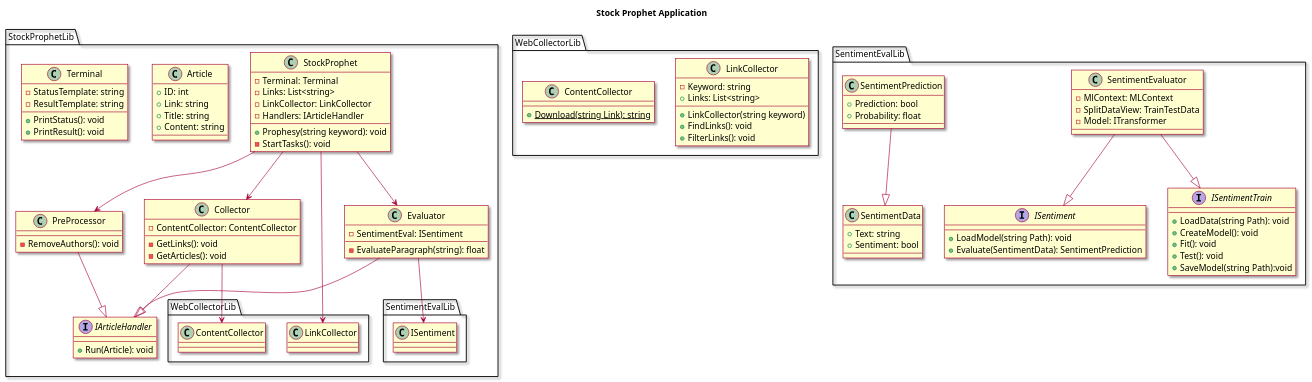
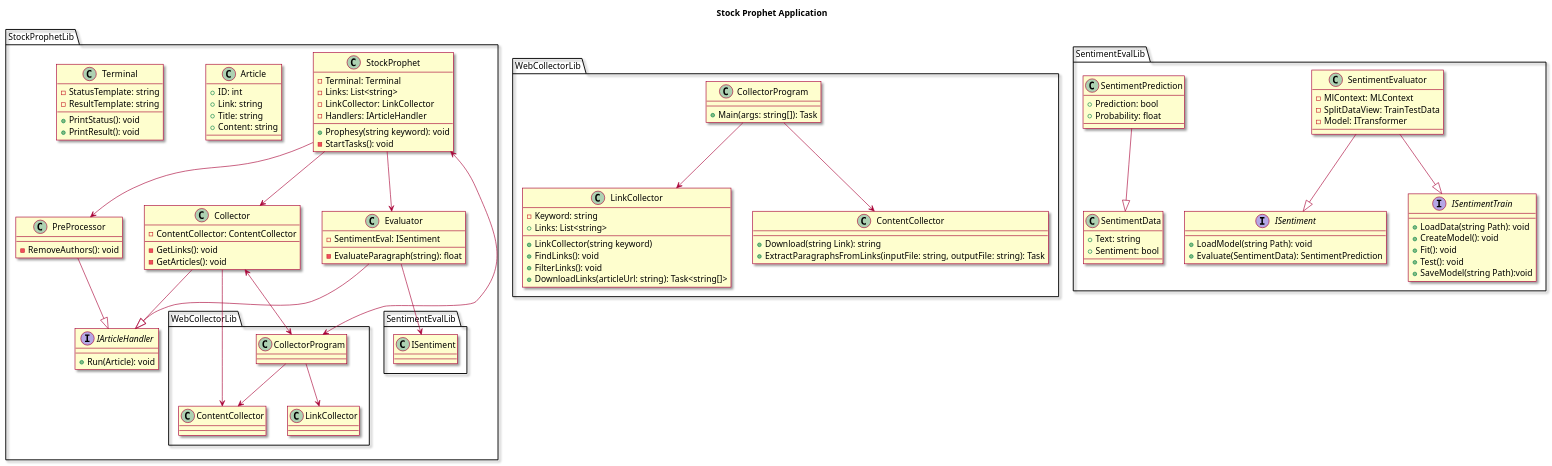
The diagram in doc/classDiagram.plantuml (Ifi-Softwareentwicklung-SoSe2023/TUBAF_SE-Project_StockProphet), drawn with PlantUML before and after one commit.

```diff
--- a/doc/classDiagram.plantuml
+++ b/doc/classDiagram.plantuml
@@ -1,120 +1,133 @@
 @startuml Project Model Class Diagram
 
 skin rose
 
 title Stock Prophet Application
 
 
 package StockProphetLib {
 
     class StockProphet {
         -Terminal: Terminal
         -Links: List<string>
         -LinkCollector: LinkCollector
         -Handlers: IArticleHandler
         +Prophesy(string keyword): void
         -StartTasks(): void
     }
-    StockProphet --> WebCollectorLib.LinkCollector
+    StockProphet <--> WebCollectorLib.CollectorProgram
     StockProphet --> Collector
     StockProphet --> PreProcessor
     StockProphet --> Evaluator
-
+    CollectorProgram --> WebCollectorLib.LinkCollector
 
     interface IArticleHandler {
         +Run(Article): void
     }
 
 
     class Collector {
         -ContentCollector: ContentCollector
         -GetLinks(): void
         -GetArticles(): void
     }
     Collector --|> IArticleHandler
     Collector --> WebCollectorLib.ContentCollector
-
+    Collector <--> WebCollectorLib.CollectorProgram
+    CollectorProgram --> WebCollectorLib.ContentCollector
 
     class PreProcessor {
         -RemoveAuthors(): void
     }
     PreProcessor --|> IArticleHandler
 
 
     class Evaluator {
         -SentimentEval: ISentiment
         -EvaluateParagraph(string): float
     }
     Evaluator --|> IArticleHandler
     Evaluator --> SentimentEvalLib.ISentiment
 
 
     class Article {
         +ID: int
         +Link: string
         +Title: string
         +Content: string
     }
 
 
     class Terminal {
         -StatusTemplate: string
         +PrintStatus(): void
         -ResultTemplate: string
         +PrintResult(): void
     }
 }
 
 
 package WebCollectorLib 
 {
+    class CollectorProgram {
+        +Main(args: string[]): Task
+    }
+
     class LinkCollector {
+    
         -Keyword: string
         +Links: List<string>
         +LinkCollector(string keyword)
         +FindLinks(): void
         +FilterLinks(): void
+        
+        +DownloadLinks(articleUrl: string): Task<string[]>
+        
     }
 
     class ContentCollector {
-        {static} +Download(string Link): string
+         +Download(string Link): string
+         +ExtractParagraphsFromLinks(inputFile: string, outputFile: string): Task
+         
     }
+  CollectorProgram --> LinkCollector
+  CollectorProgram --> ContentCollector
 }
 
 
 package SentimentEvalLib 
 {
     interface ISentiment {
         +LoadModel(string Path): void
         +Evaluate(SentimentData): SentimentPrediction
     }
 
     interface ISentimentTrain {
         +LoadData(string Path): void
         +CreateModel(): void
         +Fit(): void
         +Test(): void
         +SaveModel(string Path):void
     }
     
     class SentimentEvaluator {
         -MlContext: MLContext
         -SplitDataView: TrainTestData
         -Model: ITransformer
     }
     SentimentEvaluator --|> ISentiment
     SentimentEvaluator --|> ISentimentTrain
 
     class SentimentData {
         +Text: string
         +Sentiment: bool
     }
 
     class SentimentPrediction {
         +Prediction: bool
         +Probability: float
     }
     SentimentPrediction --|> SentimentData
 }
 
 @enduml
```
